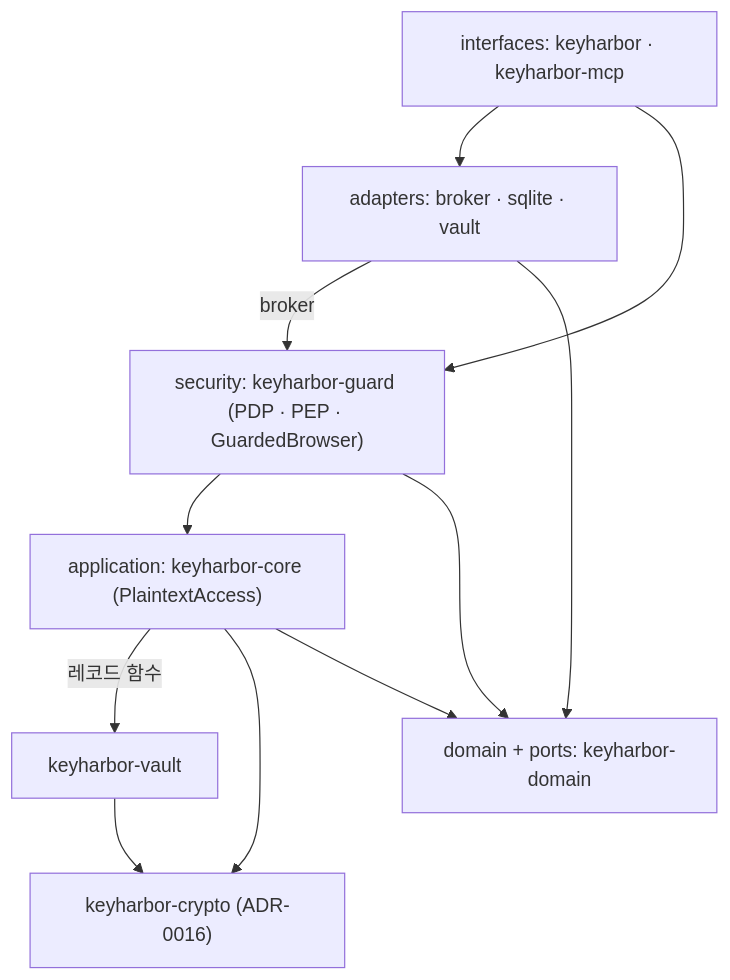
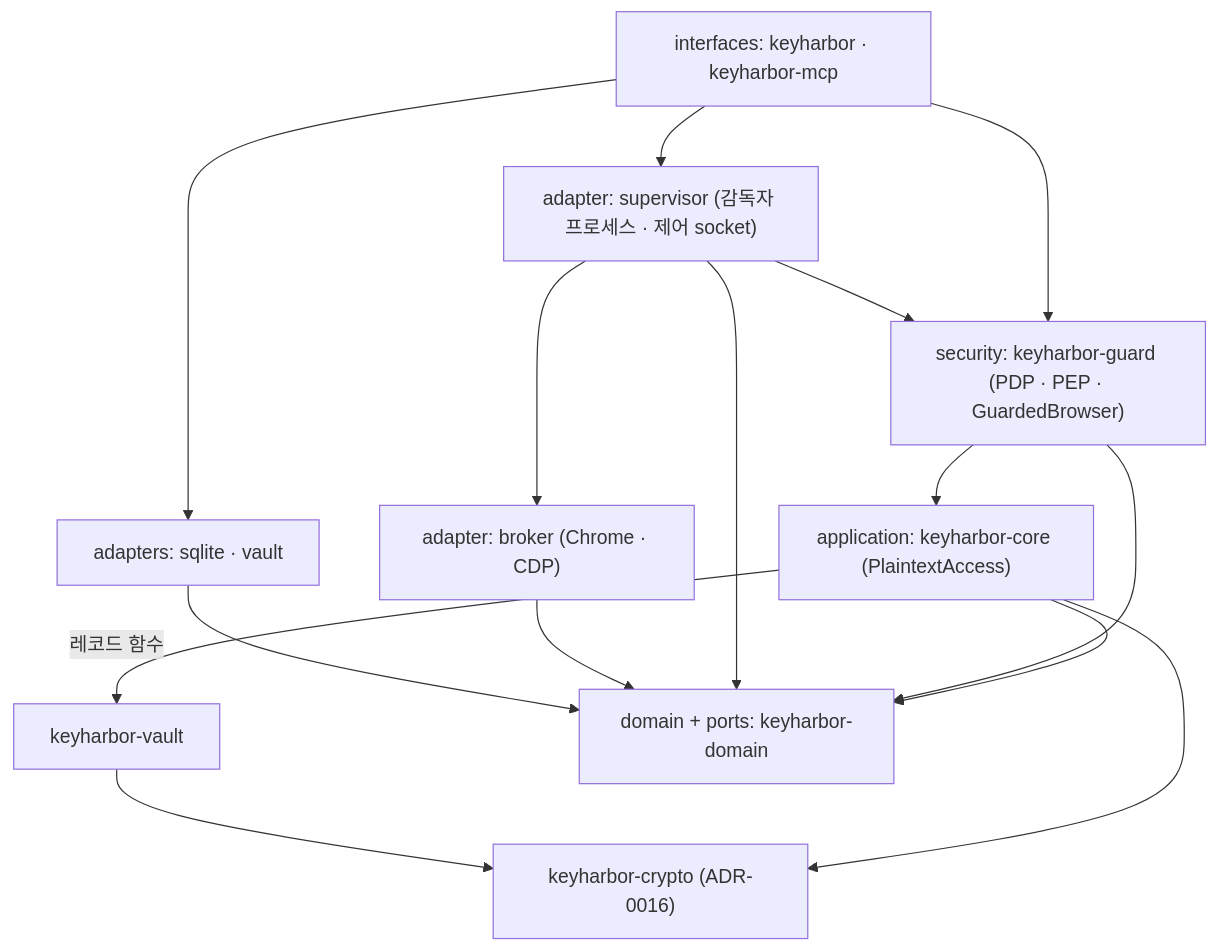
One commit to LeeSwallow/KeyHarbor changed the first of 2 diagrams in docs/design/adr/0014-hexagonal-guard-layer.md. Above: the diagram before and after it, drawn with Mermaid. The commit also changed other lines of this file and 43 other files, not shown here.

First line of the commit message:
refactor: supervisor crate composes broker and guard (#28)

````diff
--- a/docs/design/adr/0014-hexagonal-guard-layer.md
+++ b/docs/design/adr/0014-hexagonal-guard-layer.md
@@ -24,10 +24,12 @@
 ```mermaid
 flowchart TB
-  I["interfaces: keyharbor · keyharbor-mcp"] --> A["adapters: broker · sqlite · vault"]
+  I["interfaces: keyharbor · keyharbor-mcp"] --> S["adapter: supervisor (감독자 프로세스 · 제어 socket)"]
+  I --> A["adapters: sqlite · vault"]
+  S --> B["adapter: broker (Chrome · CDP)"]
+  S --> G
   I --> G["security: keyharbor-guard (PDP · PEP · GuardedBrowser)"]
-  A -->|"broker"| G
   G --> C["application: keyharbor-core (PlaintextAccess)"]
   C -->|"레코드 함수"| V["keyharbor-vault"]
   V & C --> X["keyharbor-crypto (ADR-0016)"]
-  A & G & C --> D["domain + ports: keyharbor-domain"]
+  A & B & S & G & C --> D["domain + ports: keyharbor-domain"]
 ```
````
